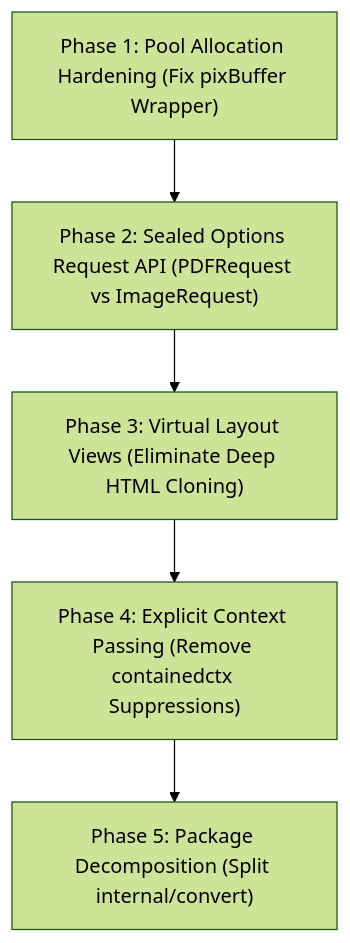
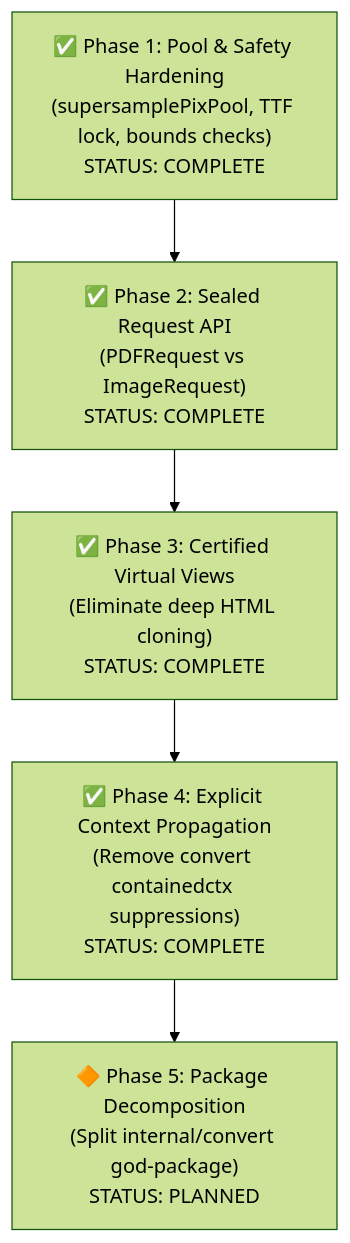
One commit to chinmay-sawant/gowkhtmltopdf changed the diagram in plans/performance/2026-08-09/fresh-go-architecture-review-2026-08-09/critical-golang-architecture-review.md. Above: the diagram before and after it, drawn with Mermaid (forest theme). The commit also changed other lines of this file and 6 other files, not shown here.

Commit message:
feat(api): complete typed request architecture phase

````diff
--- a/plans/performance/2026-08-09/fresh-go-architecture-review-2026-08-09/critical-golang-architecture-review.md
+++ b/plans/performance/2026-08-09/fresh-go-architecture-review-2026-08-09/critical-golang-architecture-review.md
@@ -139,7 +237,12 @@
 ```mermaid
 flowchart TD
-    Phase1["Phase 1: Pool Allocation Hardening (Fix pixBuffer Wrapper)"] --> Phase2["Phase 2: Sealed Options Request API (PDFRequest vs ImageRequest)"]
-    Phase2 --> Phase3["Phase 3: Virtual Layout Views (Eliminate Deep HTML Cloning)"]
-    Phase3 --> Phase4["Phase 4: Explicit Context Passing (Remove containedctx Suppressions)"]
-    Phase4 --> Phase5["Phase 5: Package Decomposition (Split internal/convert)"]
+    P1["✅ Phase 1: Pool & Safety Hardening\n(supersamplePixPool, TTF lock, bounds checks)\nSTATUS: COMPLETE"]
+    P2["✅ Phase 2: Sealed Request API\n(PDFRequest vs ImageRequest)\nSTATUS: COMPLETE"]
+    P3["✅ Phase 3: Certified Virtual Views\n(Eliminate deep HTML cloning)\nSTATUS: COMPLETE"]
+    P4["✅ Phase 4: Explicit Context Propagation\n(Remove convert containedctx suppressions)\nSTATUS: COMPLETE"]
+    P5["🔶 Phase 5: Package Decomposition\n(Split internal/convert god-package)\nSTATUS: PLANNED"]
+    P1 --> P2
+    P2 --> P3
+    P3 --> P4
+    P4 --> P5
 ```
````
